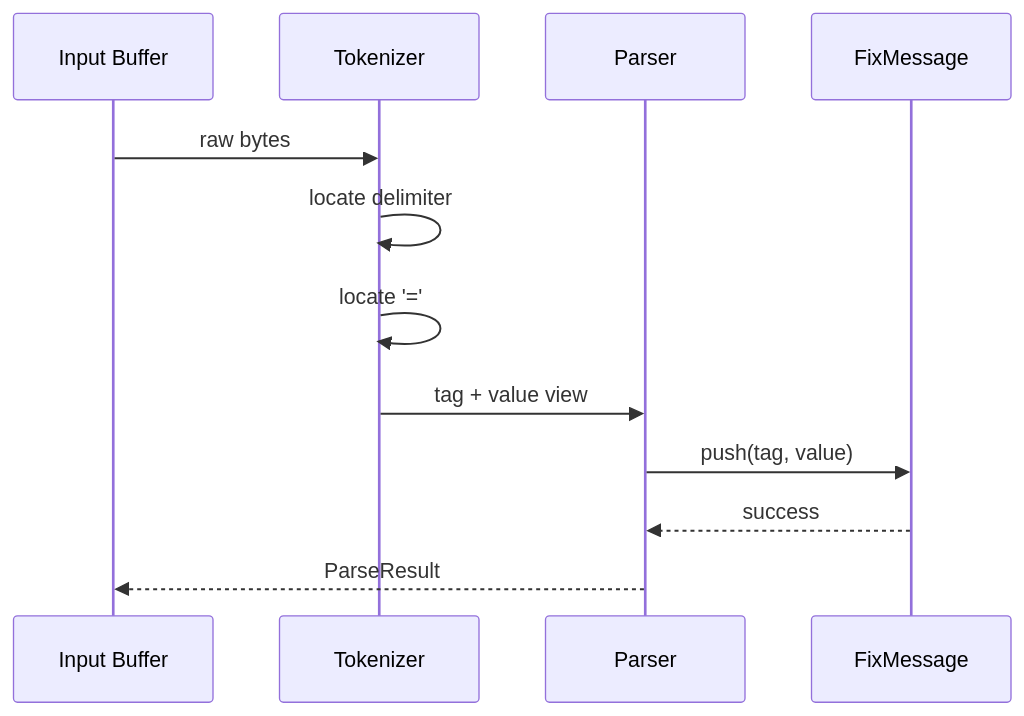
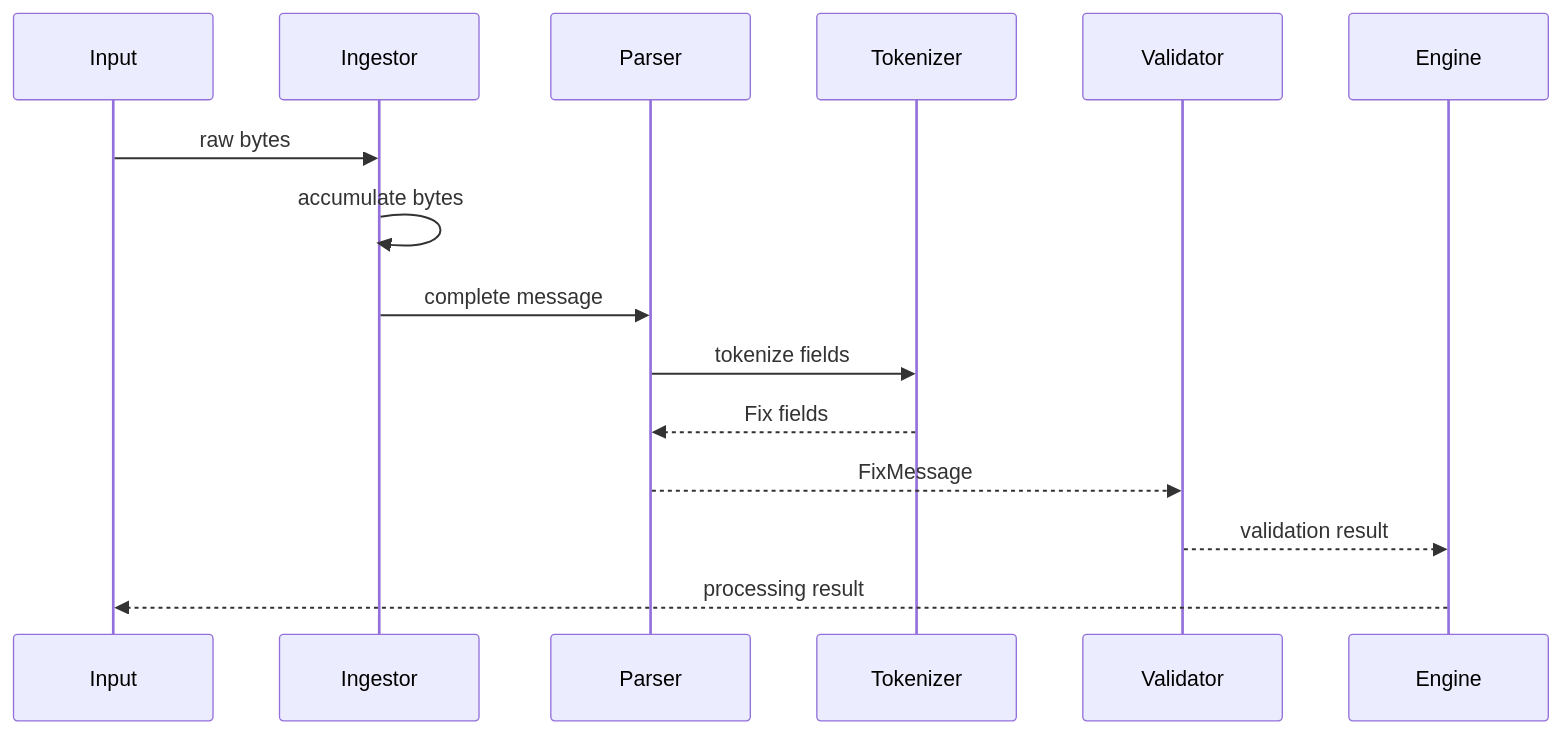
The fifth of 6 diagrams in README.md (DrunkTrader/FixEngine), drawn with Mermaid before and after one commit. The commit also changed other lines of this file, not shown here.

````diff
--- a/README.md
+++ b/README.md
@@ -514,15 +504,19 @@
 ```mermaid
 sequenceDiagram
-    participant B as Input Buffer
-    participant T as Tokenizer
-    participant P as Parser
-    participant M as FixMessage
 
-    B->>T: raw bytes
-    T->>T: locate delimiter
-    T->>T: locate '='
-    T->>P: tag + value view
-    P->>M: push(tag, value)
-    M-->>P: success
-    P-->>B: ParseResult
+    participant Input
+    participant Ingestor
+    participant Parser
+    participant Tokenizer
+    participant Validator
+    participant Engine
+
+    Input->>Ingestor: raw bytes
+    Ingestor->>Ingestor: accumulate bytes
+    Ingestor->>Parser: complete message
+    Parser->>Tokenizer: tokenize fields
+    Tokenizer-->>Parser: Fix fields
+    Parser-->>Validator: FixMessage
+    Validator-->>Engine: validation result
+    Engine-->>Input: processing result
 ```
````
